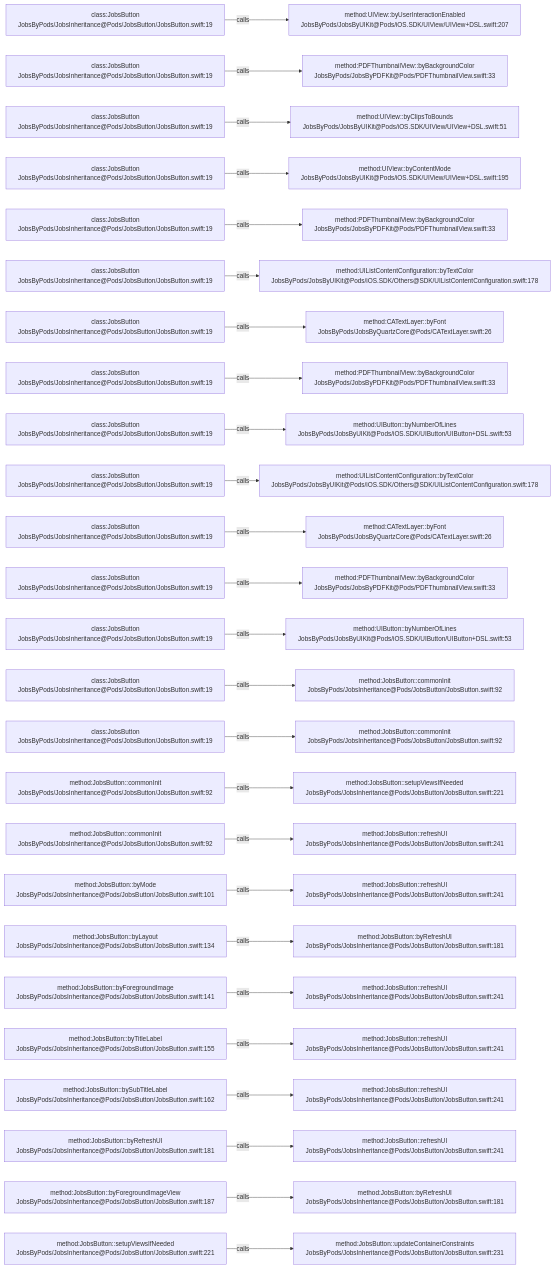
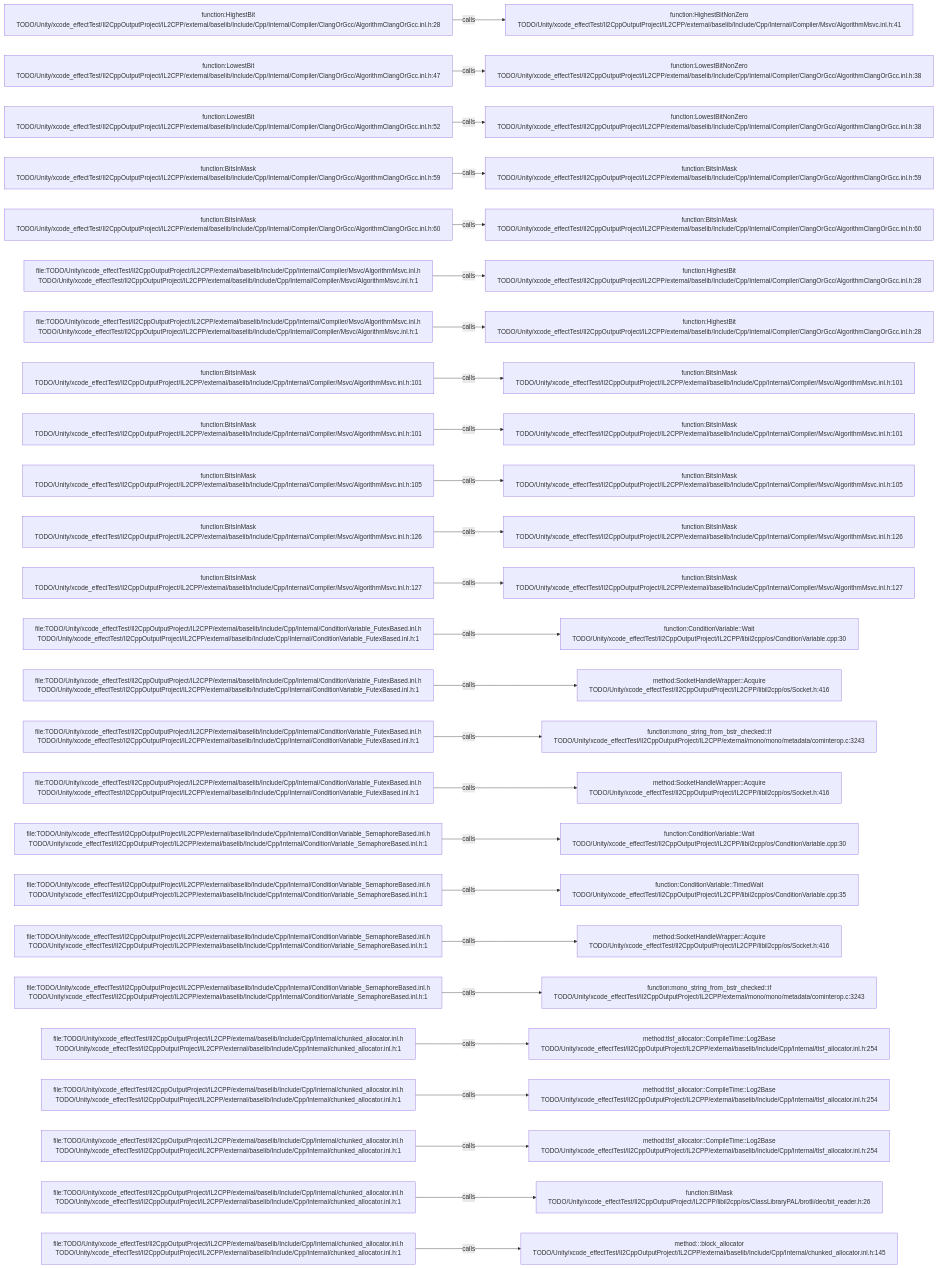
The diagram in .codegraph/codegraph.md/graphs/calls-128.md (JobsKits/JobsSwiftBaseConfigDemo), drawn with Mermaid before and after one commit. The commit also changed 569 other files, not shown here.

````diff
--- a/.codegraph/codegraph.md/graphs/calls-128.md
+++ b/.codegraph/codegraph.md/graphs/calls-128.md
@@ -13,78 +13,78 @@
 ```mermaid
 flowchart LR
-  S1["class:JobsButton<br/>JobsByPods/JobsInheritance@Pods/JobsButton/JobsButton.swift:19"]
-  T1["method:UIView::byUserInteractionEnabled<br/>JobsByPods/JobsByUIKit@Pods/iOS.SDK/UIView/UIView+DSL.swift:207"]
+  S1["function:HighestBit<br/>TODO/Unity/xcode_effectTest/Il2CppOutputProject/IL2CPP/external/baselib/Include/Cpp/Internal/Compiler/ClangOrGcc/AlgorithmClangOrGcc.inl.h:28"]
+  T1["function:HighestBitNonZero<br/>TODO/Unity/xcode_effectTest/Il2CppOutputProject/IL2CPP/external/baselib/Include/Cpp/Internal/Compiler/Msvc/AlgorithmMsvc.inl.h:41"]
   S1 -->|calls| T1
-  S2["class:JobsButton<br/>JobsByPods/JobsInheritance@Pods/JobsButton/JobsButton.swift:19"]
-  T2["method:PDFThumbnailView::byBackgroundColor<br/>JobsByPods/JobsByPDFKit@Pods/PDFThumbnailView.swift:33"]
+  S2["function:LowestBit<br/>TODO/Unity/xcode_effectTest/Il2CppOutputProject/IL2CPP/external/baselib/Include/Cpp/Internal/Compiler/ClangOrGcc/AlgorithmClangOrGcc.inl.h:47"]
+  T2["function:LowestBitNonZero<br/>TODO/Unity/xcode_effectTest/Il2CppOutputProject/IL2CPP/external/baselib/Include/Cpp/Internal/Compiler/ClangOrGcc/AlgorithmClangOrGcc.inl.h:38"]
   S2 -->|calls| T2
-  S3["class:JobsButton<br/>JobsByPods/JobsInheritance@Pods/JobsButton/JobsButton.swift:19"]
-  T3["method:UIView::byClipsToBounds<br/>JobsByPods/JobsByUIKit@Pods/iOS.SDK/UIView/UIView+DSL.swift:51"]
+  S3["function:LowestBit<br/>TODO/Unity/xcode_effectTest/Il2CppOutputProject/IL2CPP/external/baselib/Include/Cpp/Internal/Compiler/ClangOrGcc/AlgorithmClangOrGcc.inl.h:52"]
+  T3["function:LowestBitNonZero<br/>TODO/Unity/xcode_effectTest/Il2CppOutputProject/IL2CPP/external/baselib/Include/Cpp/Internal/Compiler/ClangOrGcc/AlgorithmClangOrGcc.inl.h:38"]
   S3 -->|calls| T3
-  S4["class:JobsButton<br/>JobsByPods/JobsInheritance@Pods/JobsButton/JobsButton.swift:19"]
-  T4["method:UIView::byContentMode<br/>JobsByPods/JobsByUIKit@Pods/iOS.SDK/UIView/UIView+DSL.swift:195"]
+  S4["function:BitsInMask<br/>TODO/Unity/xcode_effectTest/Il2CppOutputProject/IL2CPP/external/baselib/Include/Cpp/Internal/Compiler/ClangOrGcc/AlgorithmClangOrGcc.inl.h:59"]
+  T4["function:BitsInMask<br/>TODO/Unity/xcode_effectTest/Il2CppOutputProject/IL2CPP/external/baselib/Include/Cpp/Internal/Compiler/ClangOrGcc/AlgorithmClangOrGcc.inl.h:59"]
   S4 -->|calls| T4
-  S5["class:JobsButton<br/>JobsByPods/JobsInheritance@Pods/JobsButton/JobsButton.swift:19"]
-  T5["method:PDFThumbnailView::byBackgroundColor<br/>JobsByPods/JobsByPDFKit@Pods/PDFThumbnailView.swift:33"]
+  S5["function:BitsInMask<br/>TODO/Unity/xcode_effectTest/Il2CppOutputProject/IL2CPP/external/baselib/Include/Cpp/Internal/Compiler/ClangOrGcc/AlgorithmClangOrGcc.inl.h:60"]
+  T5["function:BitsInMask<br/>TODO/Unity/xcode_effectTest/Il2CppOutputProject/IL2CPP/external/baselib/Include/Cpp/Internal/Compiler/ClangOrGcc/AlgorithmClangOrGcc.inl.h:60"]
   S5 -->|calls| T5
-  S6["class:JobsButton<br/>JobsByPods/JobsInheritance@Pods/JobsButton/JobsButton.swift:19"]
-  T6["method:UIListContentConfiguration::byTextColor<br/>JobsByPods/JobsByUIKit@Pods/iOS.SDK/Others@SDK/UIListContentConfiguration.swift:178"]
+  S6["file:TODO/Unity/xcode_effectTest/Il2CppOutputProject/IL2CPP/external/baselib/Include/Cpp/Internal/Compiler/Msvc/AlgorithmMsvc.inl.h<br/>TODO/Unity/xcode_effectTest/Il2CppOutputProject/IL2CPP/external/baselib/Include/Cpp/Internal/Compiler/Msvc/AlgorithmMsvc.inl.h:1"]
+  T6["function:HighestBit<br/>TODO/Unity/xcode_effectTest/Il2CppOutputProject/IL2CPP/external/baselib/Include/Cpp/Internal/Compiler/ClangOrGcc/AlgorithmClangOrGcc.inl.h:28"]
   S6 -->|calls| T6
-  S7["class:JobsButton<br/>JobsByPods/JobsInheritance@Pods/JobsButton/JobsButton.swift:19"]
-  T7["method:CATextLayer::byFont<br/>JobsByPods/JobsByQuartzCore@Pods/CATextLayer.swift:26"]
+  S7["file:TODO/Unity/xcode_effectTest/Il2CppOutputProject/IL2CPP/external/baselib/Include/Cpp/Internal/Compiler/Msvc/AlgorithmMsvc.inl.h<br/>TODO/Unity/xcode_effectTest/Il2CppOutputProject/IL2CPP/external/baselib/Include/Cpp/Internal/Compiler/Msvc/AlgorithmMsvc.inl.h:1"]
+  T7["function:HighestBit<br/>TODO/Unity/xcode_effectTest/Il2CppOutputProject/IL2CPP/external/baselib/Include/Cpp/Internal/Compiler/ClangOrGcc/AlgorithmClangOrGcc.inl.h:28"]
   S7 -->|calls| T7
-  S8["class:JobsButton<br/>JobsByPods/JobsInheritance@Pods/JobsButton/JobsButton.swift:19"]
-  T8["method:PDFThumbnailView::byBackgroundColor<br/>JobsByPods/JobsByPDFKit@Pods/PDFThumbnailView.swift:33"]
+  S8["function:BitsInMask<br/>TODO/Unity/xcode_effectTest/Il2CppOutputProject/IL2CPP/external/baselib/Include/Cpp/Internal/Compiler/Msvc/AlgorithmMsvc.inl.h:101"]
+  T8["function:BitsInMask<br/>TODO/Unity/xcode_effectTest/Il2CppOutputProject/IL2CPP/external/baselib/Include/Cpp/Internal/Compiler/Msvc/AlgorithmMsvc.inl.h:101"]
   S8 -->|calls| T8
-  S9["class:JobsButton<br/>JobsByPods/JobsInheritance@Pods/JobsButton/JobsButton.swift:19"]
-  T9["method:UIButton::byNumberOfLines<br/>JobsByPods/JobsByUIKit@Pods/iOS.SDK/UIButton/UIButton+DSL.swift:53"]
+  S9["function:BitsInMask<br/>TODO/Unity/xcode_effectTest/Il2CppOutputProject/IL2CPP/external/baselib/Include/Cpp/Internal/Compiler/Msvc/AlgorithmMsvc.inl.h:101"]
+  T9["function:BitsInMask<br/>TODO/Unity/xcode_effectTest/Il2CppOutputProject/IL2CPP/external/baselib/Include/Cpp/Internal/Compiler/Msvc/AlgorithmMsvc.inl.h:101"]
   S9 -->|calls| T9
-  S10["class:JobsButton<br/>JobsByPods/JobsInheritance@Pods/JobsButton/JobsButton.swift:19"]
-  T10["method:UIListContentConfiguration::byTextColor<br/>JobsByPods/JobsByUIKit@Pods/iOS.SDK/Others@SDK/UIListContentConfiguration.swift:178"]
+  S10["function:BitsInMask<br/>TODO/Unity/xcode_effectTest/Il2CppOutputProject/IL2CPP/external/baselib/Include/Cpp/Internal/Compiler/Msvc/AlgorithmMsvc.inl.h:105"]
+  T10["function:BitsInMask<br/>TODO/Unity/xcode_effectTest/Il2CppOutputProject/IL2CPP/external/baselib/Include/Cpp/Internal/Compiler/Msvc/AlgorithmMsvc.inl.h:105"]
   S10 -->|calls| T10
-  S11["class:JobsButton<br/>JobsByPods/JobsInheritance@Pods/JobsButton/JobsButton.swift:19"]
-  T11["method:CATextLayer::byFont<br/>JobsByPods/JobsByQuartzCore@Pods/CATextLayer.swift:26"]
+  S11["function:BitsInMask<br/>TODO/Unity/xcode_effectTest/Il2CppOutputProject/IL2CPP/external/baselib/Include/Cpp/Internal/Compiler/Msvc/AlgorithmMsvc.inl.h:126"]
+  T11["function:BitsInMask<br/>TODO/Unity/xcode_effectTest/Il2CppOutputProject/IL2CPP/external/baselib/Include/Cpp/Internal/Compiler/Msvc/AlgorithmMsvc.inl.h:126"]
   S11 -->|calls| T11
-  S12["class:JobsButton<br/>JobsByPods/JobsInheritance@Pods/JobsButton/JobsButton.swift:19"]
-  T12["method:PDFThumbnailView::byBackgroundColor<br/>JobsByPods/JobsByPDFKit@Pods/PDFThumbnailView.swift:33"]
+  S12["function:BitsInMask<br/>TODO/Unity/xcode_effectTest/Il2CppOutputProject/IL2CPP/external/baselib/Include/Cpp/Internal/Compiler/Msvc/AlgorithmMsvc.inl.h:127"]
+  T12["function:BitsInMask<br/>TODO/Unity/xcode_effectTest/Il2CppOutputProject/IL2CPP/external/baselib/Include/Cpp/Internal/Compiler/Msvc/AlgorithmMsvc.inl.h:127"]
   S12 -->|calls| T12
-  S13["class:JobsButton<br/>JobsByPods/JobsInheritance@Pods/JobsButton/JobsButton.swift:19"]
-  T13["method:UIButton::byNumberOfLines<br/>JobsByPods/JobsByUIKit@Pods/iOS.SDK/UIButton/UIButton+DSL.swift:53"]
+  S13["file:TODO/Unity/xcode_effectTest/Il2CppOutputProject/IL2CPP/external/baselib/Include/Cpp/Internal/ConditionVariable_FutexBased.inl.h<br/>TODO/Unity/xcode_effectTest/Il2CppOutputProject/IL2CPP/external/baselib/Include/Cpp/Internal/ConditionVariable_FutexBased.inl.h:1"]
+  T13["function:ConditionVariable::Wait<br/>TODO/Unity/xcode_effectTest/Il2CppOutputProject/IL2CPP/libil2cpp/os/ConditionVariable.cpp:30"]
   S13 -->|calls| T13
-  S14["class:JobsButton<br/>JobsByPods/JobsInheritance@Pods/JobsButton/JobsButton.swift:19"]
-  T14["method:JobsButton::commonInit<br/>JobsByPods/JobsInheritance@Pods/JobsButton/JobsButton.swift:92"]
+  S14["file:TODO/Unity/xcode_effectTest/Il2CppOutputProject/IL2CPP/external/baselib/Include/Cpp/Internal/ConditionVariable_FutexBased.inl.h<br/>TODO/Unity/xcode_effectTest/Il2CppOutputProject/IL2CPP/external/baselib/Include/Cpp/Internal/ConditionVariable_FutexBased.inl.h:1"]
+  T14["method:SocketHandleWrapper::Acquire<br/>TODO/Unity/xcode_effectTest/Il2CppOutputProject/IL2CPP/libil2cpp/os/Socket.h:416"]
   S14 -->|calls| T14
-  S15["class:JobsButton<br/>JobsByPods/JobsInheritance@Pods/JobsButton/JobsButton.swift:19"]
-  T15["method:JobsButton::commonInit<br/>JobsByPods/JobsInheritance@Pods/JobsButton/JobsButton.swift:92"]
+  S15["file:TODO/Unity/xcode_effectTest/Il2CppOutputProject/IL2CPP/external/baselib/Include/Cpp/Internal/ConditionVariable_FutexBased.inl.h<br/>TODO/Unity/xcode_effectTest/Il2CppOutputProject/IL2CPP/external/baselib/Include/Cpp/Internal/ConditionVariable_FutexBased.inl.h:1"]
+  T15["function:mono_string_from_bstr_checked::if<br/>TODO/Unity/xcode_effectTest/Il2CppOutputProject/IL2CPP/external/mono/mono/metadata/cominterop.c:3243"]
   S15 -->|calls| T15
-  S16["method:JobsButton::commonInit<br/>JobsByPods/JobsInheritance@Pods/JobsButton/JobsButton.swift:92"]
-  T16["method:JobsButton::setupViewsIfNeeded<br/>JobsByPods/JobsInheritance@Pods/JobsButton/JobsButton.swift:221"]
+  S16["file:TODO/Unity/xcode_effectTest/Il2CppOutputProject/IL2CPP/external/baselib/Include/Cpp/Internal/ConditionVariable_FutexBased.inl.h<br/>TODO/Unity/xcode_effectTest/Il2CppOutputProject/IL2CPP/external/baselib/Include/Cpp/Internal/ConditionVariable_FutexBased.inl.h:1"]
+  T16["method:SocketHandleWrapper::Acquire<br/>TODO/Unity/xcode_effectTest/Il2CppOutputProject/IL2CPP/libil2cpp/os/Socket.h:416"]
   S16 -->|calls| T16
-  S17["method:JobsButton::commonInit<br/>JobsByPods/JobsInheritance@Pods/JobsButton/JobsButton.swift:92"]
-  T17["method:JobsButton::refreshUI<br/>JobsByPods/JobsInheritance@Pods/JobsButton/JobsButton.swift:241"]
+  S17["file:TODO/Unity/xcode_effectTest/Il2CppOutputProject/IL2CPP/external/baselib/Include/Cpp/Internal/ConditionVariable_SemaphoreBased.inl.h<br/>TODO/Unity/xcode_effectTest/Il2CppOutputProject/IL2CPP/external/baselib/Include/Cpp/Internal/ConditionVariable_SemaphoreBased.inl.h:1"]
+  T17["function:ConditionVariable::Wait<br/>TODO/Unity/xcode_effectTest/Il2CppOutputProject/IL2CPP/libil2cpp/os/ConditionVariable.cpp:30"]
   S17 -->|calls| T17
-  S18["method:JobsButton::byMode<br/>JobsByPods/JobsInheritance@Pods/JobsButton/JobsButton.swift:101"]
-  T18["method:JobsButton::refreshUI<br/>JobsByPods/JobsInheritance@Pods/JobsButton/JobsButton.swift:241"]
+  S18["file:TODO/Unity/xcode_effectTest/Il2CppOutputProject/IL2CPP/external/baselib/Include/Cpp/Internal/ConditionVariable_SemaphoreBased.inl.h<br/>TODO/Unity/xcode_effectTest/Il2CppOutputProject/IL2CPP/external/baselib/Include/Cpp/Internal/ConditionVariable_SemaphoreBased.inl.h:1"]
+  T18["function:ConditionVariable::TimedWait<br/>TODO/Unity/xcode_effectTest/Il2CppOutputProject/IL2CPP/libil2cpp/os/ConditionVariable.cpp:35"]
   S18 -->|calls| T18
-  S19["method:JobsButton::byLayout<br/>JobsByPods/JobsInheritance@Pods/JobsButton/JobsButton.swift:134"]
-  T19["method:JobsButton::byRefreshUI<br/>JobsByPods/JobsInheritance@Pods/JobsButton/JobsButton.swift:181"]
+  S19["file:TODO/Unity/xcode_effectTest/Il2CppOutputProject/IL2CPP/external/baselib/Include/Cpp/Internal/ConditionVariable_SemaphoreBased.inl.h<br/>TODO/Unity/xcode_effectTest/Il2CppOutputProject/IL2CPP/external/baselib/Include/Cpp/Internal/ConditionVariable_SemaphoreBased.inl.h:1"]
+  T19["method:SocketHandleWrapper::Acquire<br/>TODO/Unity/xcode_effectTest/Il2CppOutputProject/IL2CPP/libil2cpp/os/Socket.h:416"]
   S19 -->|calls| T19
-  S20["method:JobsButton::byForegroundImage<br/>JobsByPods/JobsInheritance@Pods/JobsButton/JobsButton.swift:141"]
-  T20["method:JobsButton::refreshUI<br/>JobsByPods/JobsInheritance@Pods/JobsButton/JobsButton.swift:241"]
+  S20["file:TODO/Unity/xcode_effectTest/Il2CppOutputProject/IL2CPP/external/baselib/Include/Cpp/Internal/ConditionVariable_SemaphoreBased.inl.h<br/>TODO/Unity/xcode_effectTest/Il2CppOutputProject/IL2CPP/external/baselib/Include/Cpp/Internal/ConditionVariable_SemaphoreBased.inl.h:1"]
+  T20["function:mono_string_from_bstr_checked::if<br/>TODO/Unity/xcode_effectTest/Il2CppOutputProject/IL2CPP/external/mono/mono/metadata/cominterop.c:3243"]
   S20 -->|calls| T20
-  S21["method:JobsButton::byTitleLabel<br/>JobsByPods/JobsInheritance@Pods/JobsButton/JobsButton.swift:155"]
-  T21["method:JobsButton::refreshUI<br/>JobsByPods/JobsInheritance@Pods/JobsButton/JobsButton.swift:241"]
+  S21["file:TODO/Unity/xcode_effectTest/Il2CppOutputProject/IL2CPP/external/baselib/Include/Cpp/Internal/chunked_allocator.inl.h<br/>TODO/Unity/xcode_effectTest/Il2CppOutputProject/IL2CPP/external/baselib/Include/Cpp/Internal/chunked_allocator.inl.h:1"]
+  T21["method:tlsf_allocator::CompileTime::Log2Base<br/>TODO/Unity/xcode_effectTest/Il2CppOutputProject/IL2CPP/external/baselib/Include/Cpp/Internal/tlsf_allocator.inl.h:254"]
   S21 -->|calls| T21
-  S22["method:JobsButton::bySubTitleLabel<br/>JobsByPods/JobsInheritance@Pods/JobsButton/JobsButton.swift:162"]
-  T22["method:JobsButton::refreshUI<br/>JobsByPods/JobsInheritance@Pods/JobsButton/JobsButton.swift:241"]
+  S22["file:TODO/Unity/xcode_effectTest/Il2CppOutputProject/IL2CPP/external/baselib/Include/Cpp/Internal/chunked_allocator.inl.h<br/>TODO/Unity/xcode_effectTest/Il2CppOutputProject/IL2CPP/external/baselib/Include/Cpp/Internal/chunked_allocator.inl.h:1"]
+  T22["method:tlsf_allocator::CompileTime::Log2Base<br/>TODO/Unity/xcode_effectTest/Il2CppOutputProject/IL2CPP/external/baselib/Include/Cpp/Internal/tlsf_allocator.inl.h:254"]
   S22 -->|calls| T22
-  S23["method:JobsButton::byRefreshUI<br/>JobsByPods/JobsInheritance@Pods/JobsButton/JobsButton.swift:181"]
-  T23["method:JobsButton::refreshUI<br/>JobsByPods/JobsInheritance@Pods/JobsButton/JobsButton.swift:241"]
+  S23["file:TODO/Unity/xcode_effectTest/Il2CppOutputProject/IL2CPP/external/baselib/Include/Cpp/Internal/chunked_allocator.inl.h<br/>TODO/Unity/xcode_effectTest/Il2CppOutputProject/IL2CPP/external/baselib/Include/Cpp/Internal/chunked_allocator.inl.h:1"]
+  T23["method:tlsf_allocator::CompileTime::Log2Base<br/>TODO/Unity/xcode_effectTest/Il2CppOutputProject/IL2CPP/external/baselib/Include/Cpp/Internal/tlsf_allocator.inl.h:254"]
   S23 -->|calls| T23
-  S24["method:JobsButton::byForegroundImageView<br/>JobsByPods/JobsInheritance@Pods/JobsButton/JobsButton.swift:187"]
-  T24["method:JobsButton::byRefreshUI<br/>JobsByPods/JobsInheritance@Pods/JobsButton/JobsButton.swift:181"]
+  S24["file:TODO/Unity/xcode_effectTest/Il2CppOutputProject/IL2CPP/external/baselib/Include/Cpp/Internal/chunked_allocator.inl.h<br/>TODO/Unity/xcode_effectTest/Il2CppOutputProject/IL2CPP/external/baselib/Include/Cpp/Internal/chunked_allocator.inl.h:1"]
+  T24["function:BitMask<br/>TODO/Unity/xcode_effectTest/Il2CppOutputProject/IL2CPP/libil2cpp/os/ClassLibraryPAL/brotli/dec/bit_reader.h:26"]
   S24 -->|calls| T24
-  S25["method:JobsButton::setupViewsIfNeeded<br/>JobsByPods/JobsInheritance@Pods/JobsButton/JobsButton.swift:221"]
-  T25["method:JobsButton::updateContainerConstraints<br/>JobsByPods/JobsInheritance@Pods/JobsButton/JobsButton.swift:231"]
+  S25["file:TODO/Unity/xcode_effectTest/Il2CppOutputProject/IL2CPP/external/baselib/Include/Cpp/Internal/chunked_allocator.inl.h<br/>TODO/Unity/xcode_effectTest/Il2CppOutputProject/IL2CPP/external/baselib/Include/Cpp/Internal/chunked_allocator.inl.h:1"]
+  T25["method:<anonymous>::block_allocator<br/>TODO/Unity/xcode_effectTest/Il2CppOutputProject/IL2CPP/external/baselib/Include/Cpp/Internal/chunked_allocator.inl.h:145"]
   S25 -->|calls| T25
 ```
````
